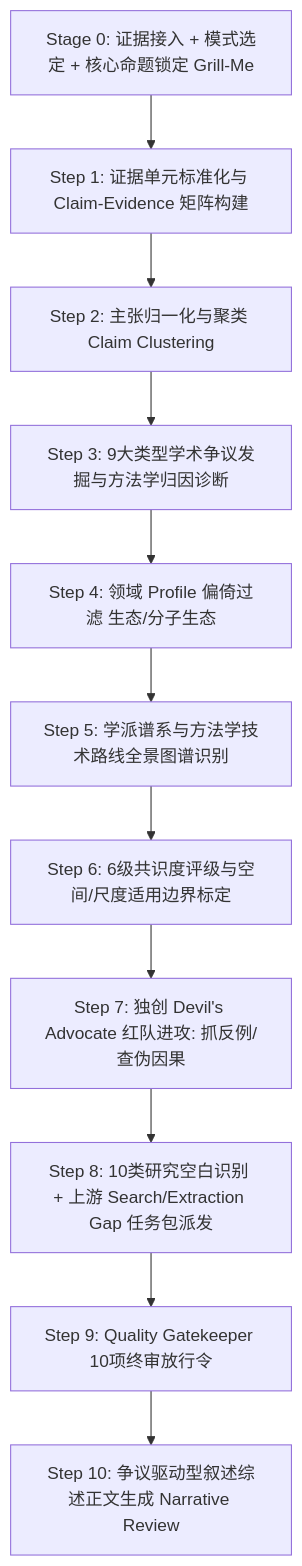
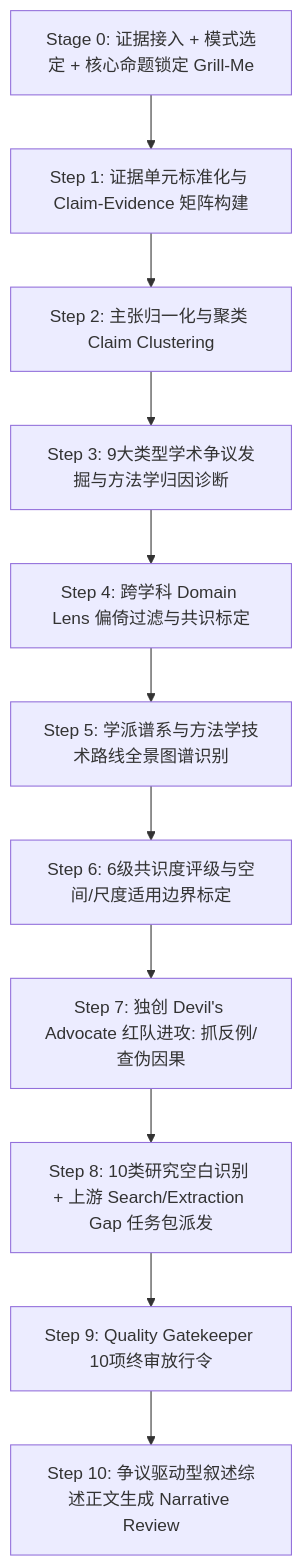
One commit to Daylily-Huang/ScholarFlow changed the diagram in skills/literature-synthesis/SKILL.md. Above: the diagram before and after it, drawn with Mermaid. The commit also changed other lines of this file and 35 other files, not shown here.

````diff
--- a/skills/literature-synthesis/SKILL.md
+++ b/skills/literature-synthesis/SKILL.md
@@ -90,13 +92,13 @@
 ```mermaid
 flowchart TD
     S0[Stage 0: 证据接入 + 模式选定 + 核心命题锁定 Grill-Me] --> S1[Step 1: 证据单元标准化与 Claim-Evidence 矩阵构建]
     S1 --> S2[Step 2: 主张归一化与聚类 Claim Clustering]
     S2 --> S3[Step 3: 9大类型学术争议发掘与方法学归因诊断]
-    S3 --> S4[Step 4: 领域 Profile 偏倚过滤 生态/分子生态]
+    S3 --> S4[Step 4: 跨学科 Domain Lens 偏倚过滤与共识标定]
     S4 --> S5[Step 5: 学派谱系与方法学技术路线全景图谱识别]
     S5 --> S6[Step 6: 6级共识度评级与空间/尺度适用边界标定]
     S6 --> S7[Step 7: 独创 Devil's Advocate 红队进攻: 抓反例/查伪因果]
     S7 --> S8[Step 8: 10类研究空白识别 + 上游 Search/Extraction Gap 任务包派发]
     S8 --> QG[Step 9: Quality Gatekeeper 10项终审放行令]
     QG --> S10[Step 10: 争议驱动型叙述综述正文生成 Narrative Review]
 ```
````
